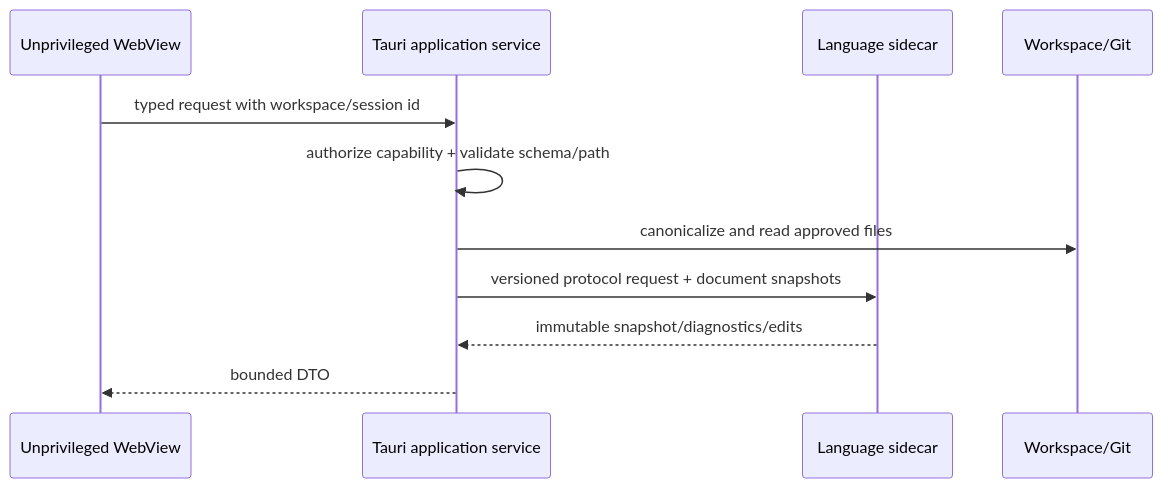
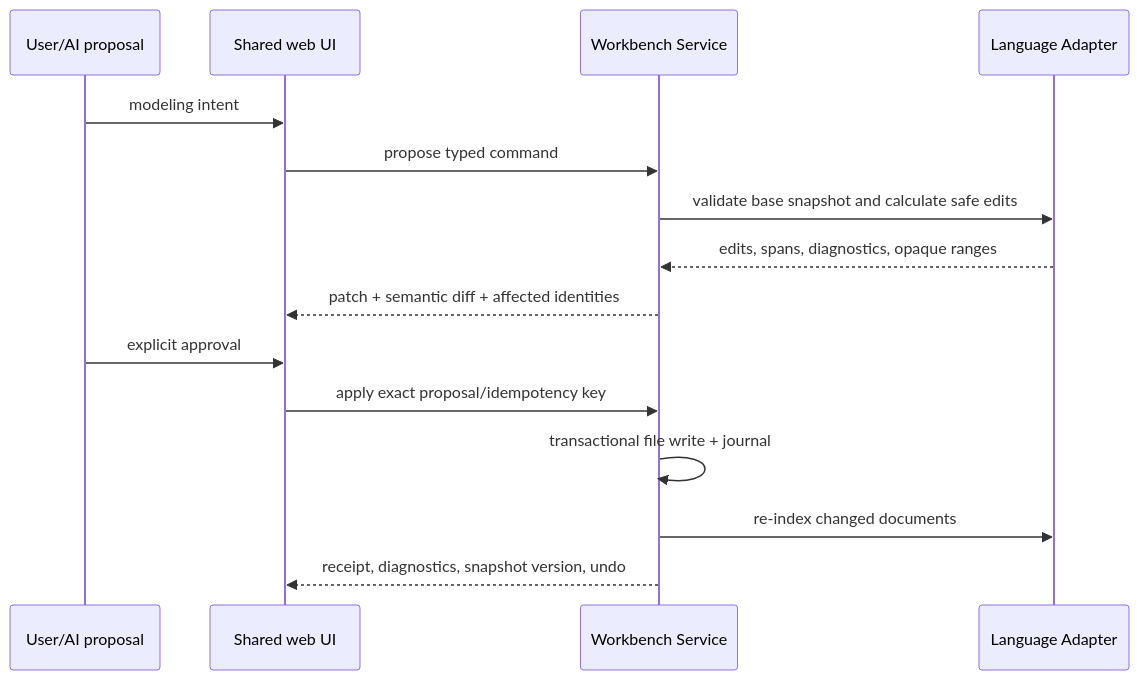
The second of 2 diagrams in docs/revamp/03-architecture-options.md (haitaowu12/sysmlv2_viewer), drawn with Mermaid before and after one commit. The commit also changed other lines of this file and 27 other files, not shown here.

Commit message:
Revise Phase 0 workbench architecture

````diff
--- a/docs/revamp/03-architecture-options.md
+++ b/docs/revamp/03-architecture-options.md
@@ -61,14 +66,17 @@
 ```mermaid
 sequenceDiagram
-  participant UI as Unprivileged WebView
-  participant App as Tauri application service
-  participant Lang as Language sidecar
-  participant Disk as Workspace/Git
-
-  UI->>App: typed request with workspace/session id
-  App->>App: authorize capability + validate schema/path
-  App->>Disk: canonicalize and read approved files
-  App->>Lang: versioned protocol request + document snapshots
-  Lang-->>App: immutable snapshot/diagnostics/edits
-  App-->>UI: bounded DTO
+  participant U as User/AI proposal
+  participant UI as Shared web UI
+  participant S as Workbench Service
+  participant A as Language Adapter
+  U->>UI: modeling intent
+  UI->>S: propose typed command
+  S->>A: validate base snapshot and calculate safe edits
+  A-->>S: edits, spans, diagnostics, opaque ranges
+  S-->>UI: patch + semantic diff + affected identities
+  U->>UI: explicit approval
+  UI->>S: apply exact proposal/idempotency key
+  S->>S: transactional file write + journal
+  S->>A: re-index changed documents
+  S-->>UI: receipt, diagnostics, snapshot version, undo
 ```
````
